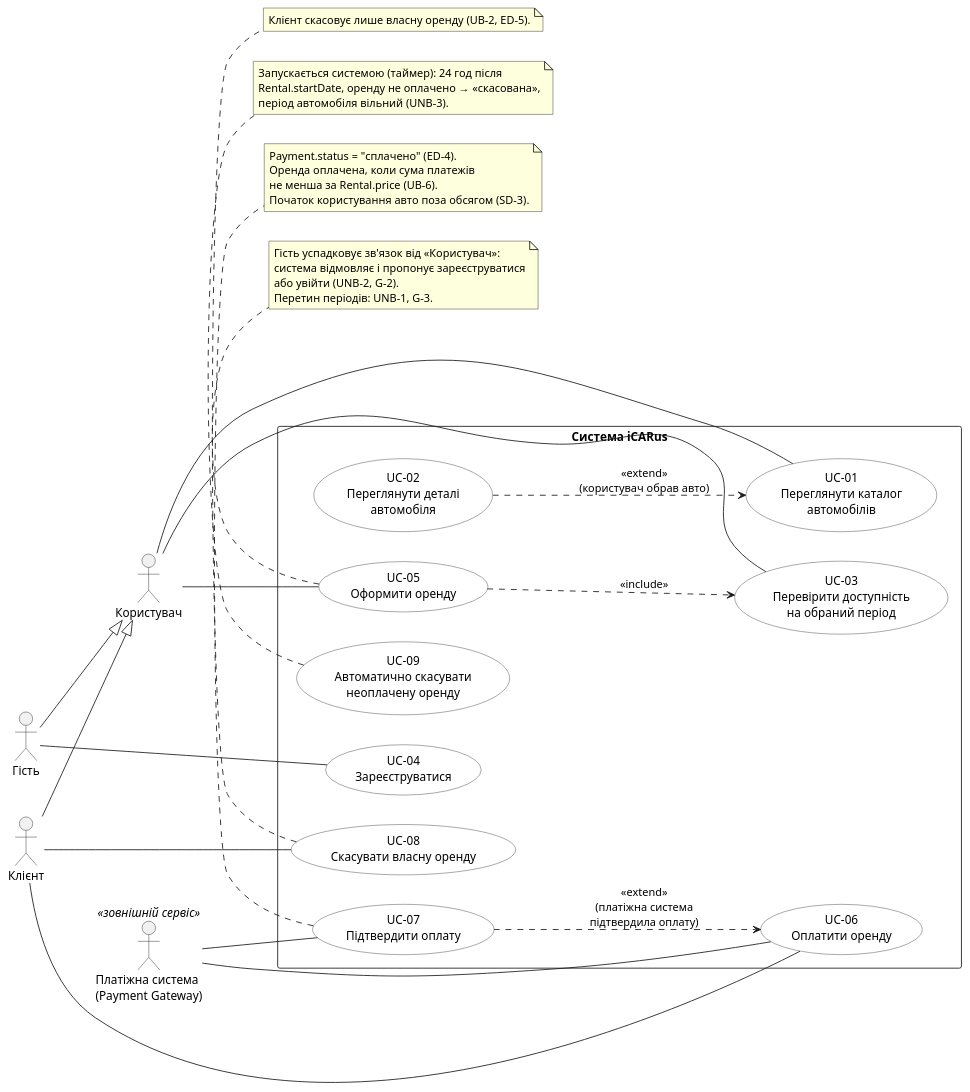
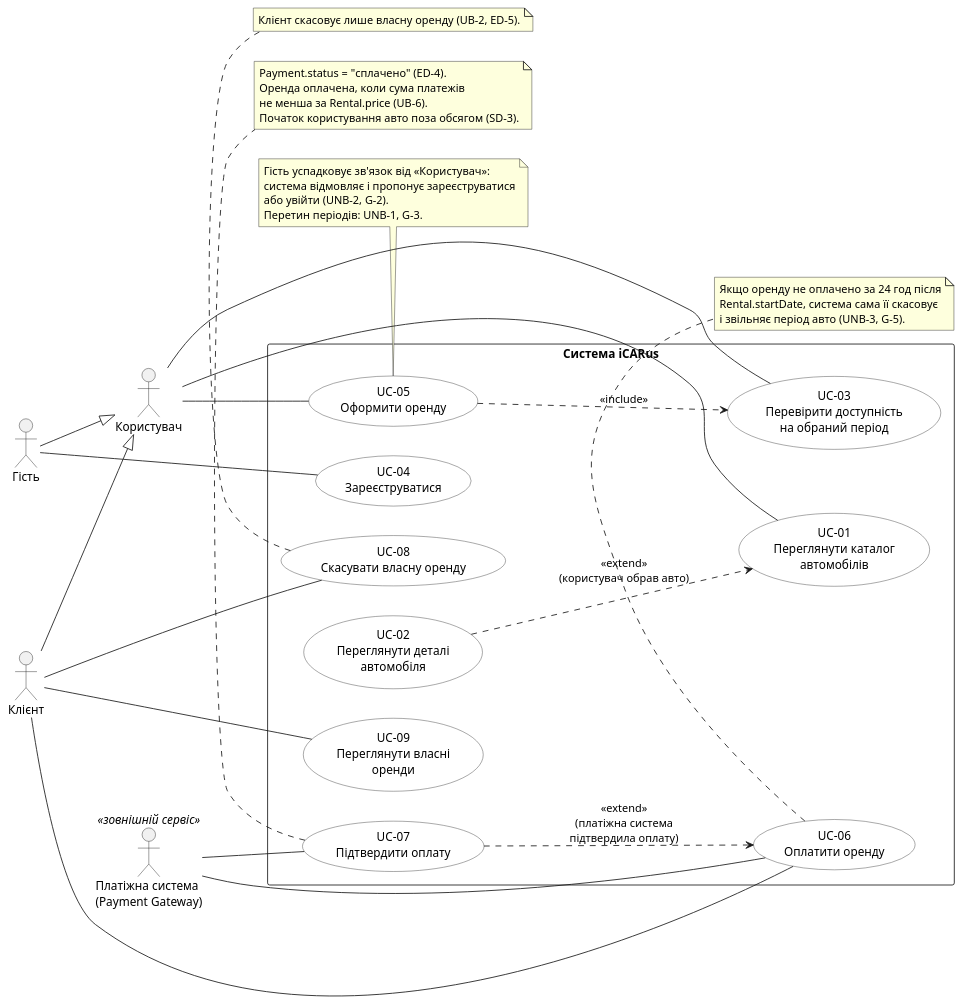
The diagram in Lab2/usecase.puml (NICkBril/2KPI_labs), drawn with PlantUML before and after one commit. The commit also changed 1 other file, not shown here.

Commit message:
update use case diagram for current spec

```diff
--- a/Lab2/usecase.puml
+++ b/Lab2/usecase.puml
@@ -1,78 +1,78 @@
 @startuml
 left to right direction
 skinparam packageStyle rectangle
 skinparam shadowing false
 skinparam actorStyle stickman
 skinparam usecase {
   BackgroundColor #FFFFFF
   BorderColor #333333
 }
 
 actor "Користувач" as User
 actor "Гість" as Guest
 actor "Клієнт" as Customer
 actor "Платіжна система\n(Payment Gateway)" as Gateway <<зовнішній сервіс>>
 
 Guest --|> User
 Customer --|> User
 
 rectangle "Система iCARus" {
 
     usecase "UC-01\nПереглянути каталог\nавтомобілів" as UC_Catalog
     usecase "UC-02\nПереглянути деталі\nавтомобіля" as UC_Details
     usecase "UC-03\nПеревірити доступність\nна обраний період" as UC_Availability
 
     usecase "UC-04\nЗареєструватися" as UC_Register
 
     usecase "UC-05\nОформити оренду" as UC_Create
 
     usecase "UC-06\nОплатити оренду" as UC_Pay
     usecase "UC-07\nПідтвердити оплату" as UC_Confirm
 
     usecase "UC-08\nСкасувати власну оренду" as UC_Cancel
-
-    usecase "UC-09\nАвтоматично скасувати\nнеоплачену оренду" as UC_AutoCancel
+    usecase "UC-09\nПереглянути власні\nоренди" as UC_MyRentals
 }
 
 ' --- Асоціації акторів ---
 User -- UC_Catalog
 User -- UC_Availability
 User -- UC_Create
 Guest -- UC_Register
 Customer -- UC_Pay
 Customer -- UC_Cancel
+Customer -- UC_MyRentals
 Gateway -- UC_Pay
 Gateway -- UC_Confirm
 
 ' --- include (обов'язкова поведінка) ---
 UC_Create ..> UC_Availability : <<include>>
 
 ' --- extend (умовна поведінка) ---
 UC_Details ..> UC_Catalog : <<extend>>\n(користувач обрав авто)
 UC_Confirm ..> UC_Pay : <<extend>>\n(платіжна система\nпідтвердила оплату)
 
 note bottom of UC_Create
   Гість успадковує зв'язок від «Користувач»:
   система відмовляє і пропонує зареєструватися
   або увійти (UNB-2, G-2).
   Перетин періодів: UNB-1, G-3.
 end note
 
+note bottom of UC_Pay
+  Якщо оренду не оплачено за 24 год після
+  Rental.startDate, система сама її скасовує
+  і звільняє період авто (UNB-3, G-5).
+end note
+
 note bottom of UC_Confirm
   Payment.status = "сплачено" (ED-4).
   Оренда оплачена, коли сума платежів
   не менша за Rental.price (UB-6).
   Початок користування авто поза обсягом (SD-3).
 end note
 
-note bottom of UC_AutoCancel
-  Запускається системою (таймер): 24 год після
-  Rental.startDate, оренду не оплачено → «скасована»,
-  період автомобіля вільний (UNB-3).
-end note
-
 note bottom of UC_Cancel
   Клієнт скасовує лише власну оренду (UB-2, ED-5).
 end note
 
 @enduml
```
